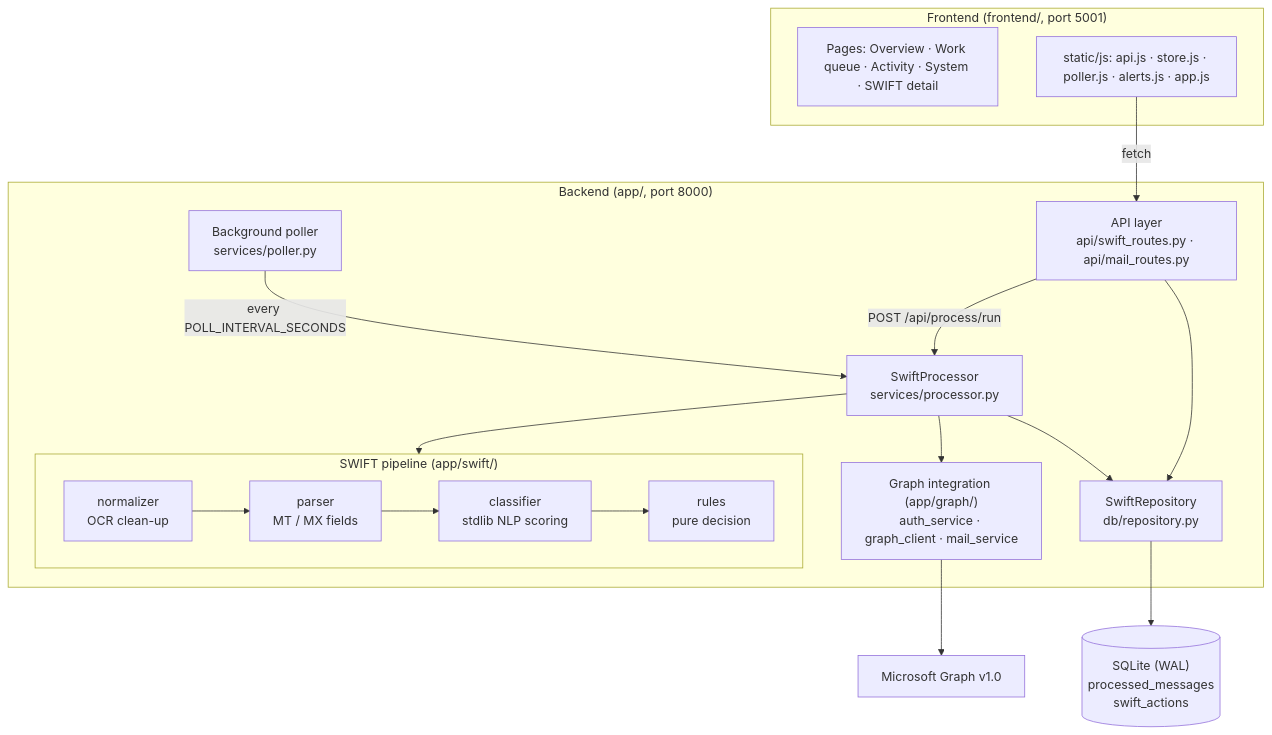
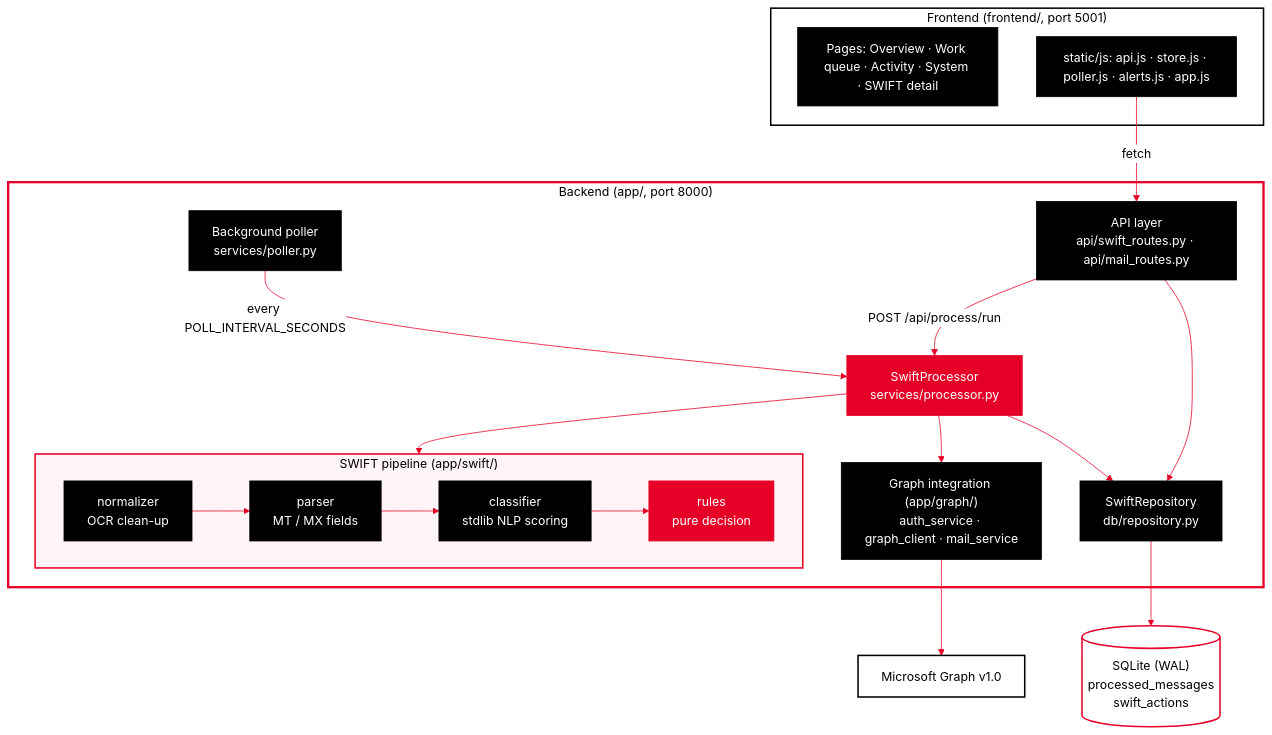
One commit to shreyapalavalli/swift-mailbox-monitor changed the third of 6 diagrams in docs/architecture/solution-architecture.md. Above: the diagram before and after it, drawn with Mermaid. The commit also changed other lines of this file and 2 other files, not shown here.

Commit message:
docs: SG red/black/white styling for the architecture doc (banner, at-a-glance card, themed diagrams)

````diff
--- a/docs/architecture/solution-architecture.md
+++ b/docs/architecture/solution-architecture.md
@@ -49,29 +95,41 @@
 ```mermaid
+%%{init: {'theme':'base','themeVariables':{'primaryColor':'#000000','primaryTextColor':'#000000','primaryBorderColor':'#000000','lineColor':'#E60028','secondaryColor':'#ffffff','tertiaryColor':'#ffffff','clusterBkg':'#ffffff','clusterBorder':'#E60028','edgeLabelBackground':'#ffffff','textColor':'#000000','titleColor':'#000000'}}}%%
 flowchart TB
     subgraph FE["Frontend (frontend/, port 5001)"]
         Pages["Pages: Overview · Work queue · Activity · System · SWIFT detail"]
         JS["static/js: api.js · store.js · poller.js · alerts.js · app.js"]
     end
 
     subgraph BE["Backend (app/, port 8000)"]
         API["API layer<br/>api/swift_routes.py · api/mail_routes.py"]
         Poller["Background poller<br/>services/poller.py"]
         Proc["SwiftProcessor<br/>services/processor.py"]
         subgraph NLP["SWIFT pipeline (app/swift/)"]
             Norm["normalizer<br/>OCR clean-up"] --> Parse["parser<br/>MT / MX fields"] --> Cls["classifier<br/>stdlib NLP scoring"] --> Rules["rules<br/>pure decision"]
         end
         Graph["Graph integration (app/graph/)<br/>auth_service · graph_client · mail_service"]
         Repo["SwiftRepository<br/>db/repository.py"]
     end
 
     DB[("SQLite (WAL)<br/>processed_messages<br/>swift_actions")]
     MSGraph["Microsoft Graph v1.0"]
 
     JS -->|fetch| API
     Poller -->|every POLL_INTERVAL_SECONDS| Proc
     API -->|POST /api/process/run| Proc
     Proc --> NLP
     Proc --> Graph --> MSGraph
     Proc --> Repo --> DB
     API --> Repo
+    classDef sg fill:#000,stroke:#000,color:#fff,stroke-width:1px
+    classDef red fill:#E60028,stroke:#E60028,color:#fff
+    classDef ext fill:#fff,stroke:#000,color:#000,stroke-width:2px
+    classDef store fill:#fff,stroke:#E60028,color:#000,stroke-width:2px
+    class Proc,Rules red
+    class Pages,JS,API,Poller,Norm,Parse,Cls,Graph,Repo sg
+    class DB store
+    class MSGraph ext
+    style NLP fill:#fff5f6,stroke:#E60028,stroke-width:2px,color:#000
+    style FE fill:#ffffff,stroke:#000,stroke-width:2px,color:#000
+    style BE fill:#ffffff,stroke:#E60028,stroke-width:3px,color:#000
 ```
````
